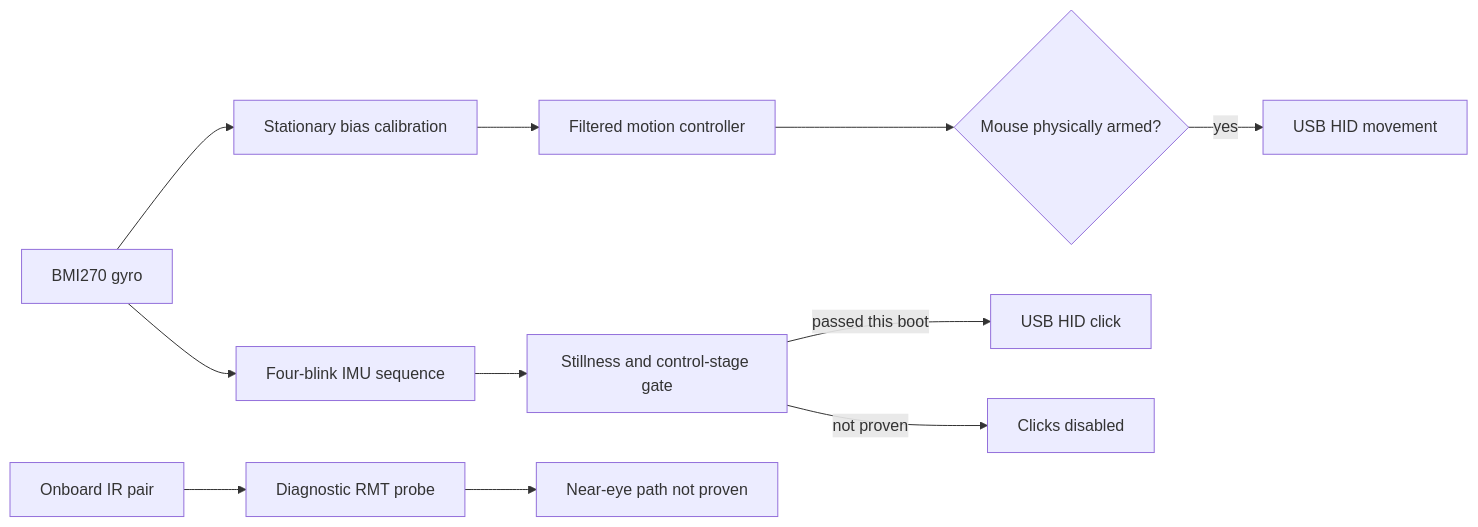
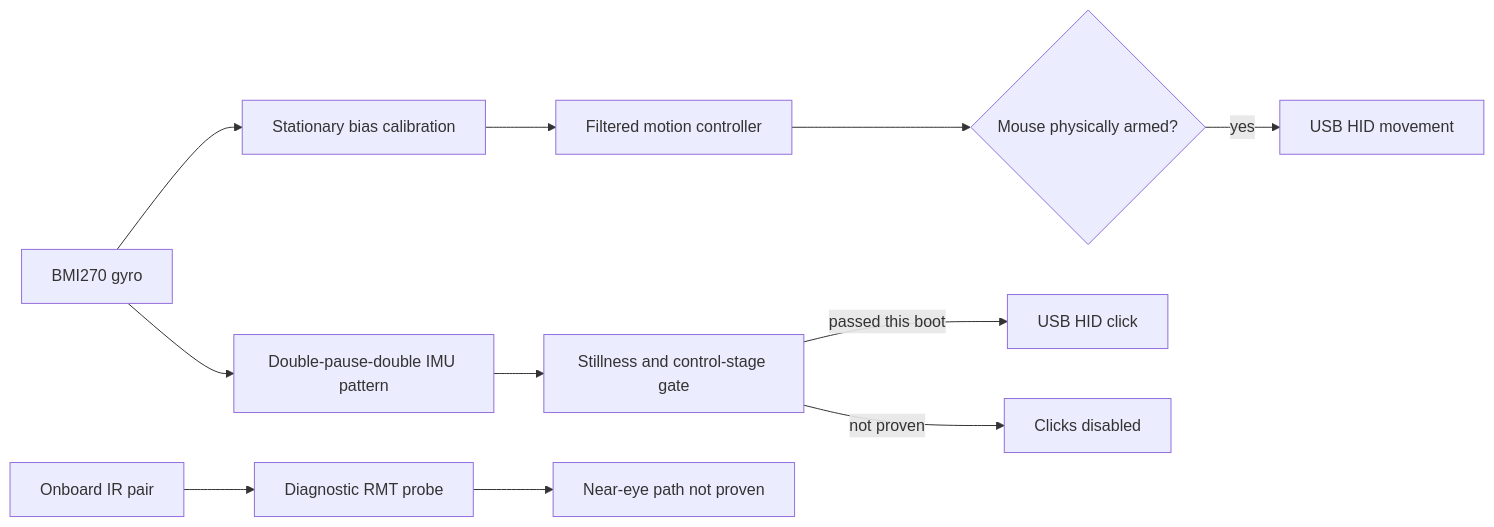
The diagram in README.md (fcavalcantirj/Colibrino), drawn with Mermaid before and after one commit. The commit also changed other lines of this file and 4 other files, not shown here.

````diff
--- a/README.md
+++ b/README.md
@@ -57,13 +58,13 @@
 ```mermaid
 flowchart LR
     BMI270[BMI270 gyro] --> Cal[Stationary bias calibration]
     Cal --> Motion[Filtered motion controller]
     Motion --> Lock{Mouse physically armed?}
     Lock -->|yes| HID[USB HID movement]
-    BMI270 --> Gesture[Four-blink IMU sequence]
+    BMI270 --> Gesture[Double-pause-double IMU pattern]
     Gesture --> Safety[Stillness and control-stage gate]
     Safety -->|passed this boot| Click[USB HID click]
     Safety -->|not proven| Disabled[Clicks disabled]
     IR[Onboard IR pair] --> RMT[Diagnostic RMT probe]
     RMT --> Rejected[Near-eye path not proven]
 ```
````
